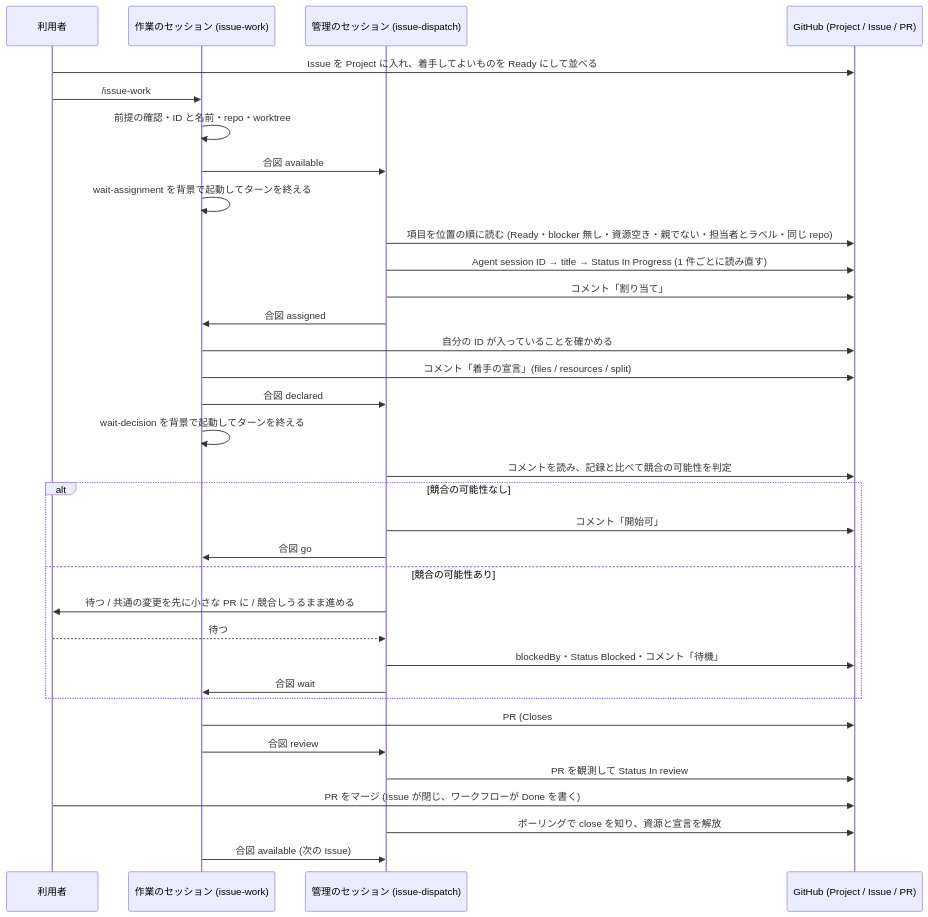
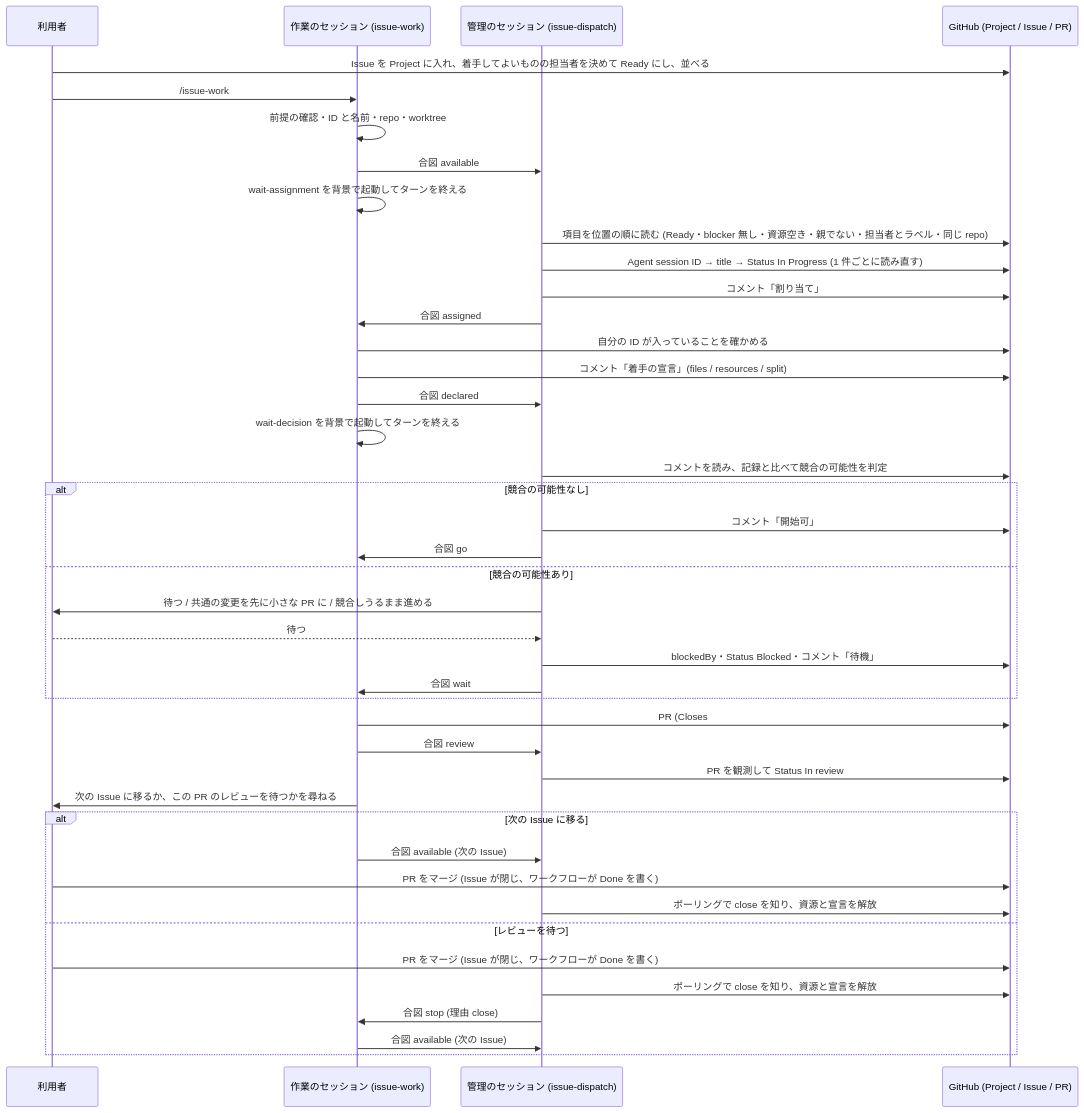
One commit to akm/claude-plugins changed the first of 3 diagrams in docs/plans/2026-10-06-2025-feat-issue-dispatch-plan.md. Above: the diagram before and after it, drawn with Mermaid. The commit also changed other lines of this file, not shown here.

Commit message:
📝 docs(plans): issue-dispatch の作業のセッションは、PR を ready for review にした後、次の Issue に移るかを利用者に尋ねる (#114)
作業のセッションが次の Issue を求める (available を送る) 契機が R29 に無く、フロー F5 は In review
の直後、シーケンス図はマージの後と食い違っていた (文書レビューの後の段階への質問と FYI)。
作業のセッションの作業ツリーは 1 つなので、レビュー中に次の Issue に移ると、前の PR の直しに
ブランチの切り替えが要る。直しが要りそうかを判断できるのは利用者なので、利用者と相談し、
review の後に、移るかレビューを待つかを尋ねることにする。待つときは、Issue が閉じたときの
stop (理由 close) を受けてから available を送る。レビュー中の前の Issue の stop では、今の作業を
止めない (R28・R29・F5・シーケンス図・U8・AE49)。シーケンス図の最初の手順にも、担当者を決める
ことを足す。

````diff
--- a/docs/plans/2026-10-06-2025-feat-issue-dispatch-plan.md
+++ b/docs/plans/2026-10-06-2025-feat-issue-dispatch-plan.md
@@ -593,37 +598,45 @@
 ```mermaid
 sequenceDiagram
   participant U as 利用者
   participant W as 作業のセッション (issue-work)
   participant M as 管理のセッション (issue-dispatch)
   participant G as GitHub (Project / Issue / PR)
 
-  U->>G: Issue を Project に入れ、着手してよいものを Ready にして並べる
+  U->>G: Issue を Project に入れ、着手してよいものの担当者を決めて Ready にし、並べる
   U->>W: /issue-work
   W->>W: 前提の確認・ID と名前・repo・worktree
   W->>M: 合図 available
   W->>W: wait-assignment を背景で起動してターンを終える
   M->>G: 項目を位置の順に読む (Ready・blocker 無し・資源空き・親でない・担当者とラベル・同じ repo)
   M->>G: Agent session ID → title → Status In Progress (1 件ごとに読み直す)
   M->>G: コメント「割り当て」
   M->>W: 合図 assigned
   W->>G: 自分の ID が入っていることを確かめる
   W->>G: コメント「着手の宣言」(files / resources / split)
   W->>M: 合図 declared
   W->>W: wait-decision を背景で起動してターンを終える
   M->>G: コメントを読み、記録と比べて競合の可能性を判定
   alt 競合の可能性なし
     M->>G: コメント「開始可」
     M->>W: 合図 go
   else 競合の可能性あり
     M->>U: 待つ / 共通の変更を先に小さな PR に / 競合しうるまま進める
     U-->>M: 待つ
     M->>G: blockedBy・Status Blocked・コメント「待機」
     M->>W: 合図 wait
   end
   W->>G: PR (Closes #N) を作り ready for review にする
   W->>M: 合図 review
   M->>G: PR を観測して Status In review
-  U->>G: PR をマージ (Issue が閉じ、ワークフローが Done を書く)
-  M->>G: ポーリングで close を知り、資源と宣言を解放
-  W->>M: 合図 available (次の Issue)
+  W->>U: 次の Issue に移るか、この PR のレビューを待つかを尋ねる
+  alt 次の Issue に移る
+    W->>M: 合図 available (次の Issue)
+    U->>G: PR をマージ (Issue が閉じ、ワークフローが Done を書く)
+    M->>G: ポーリングで close を知り、資源と宣言を解放
+  else レビューを待つ
+    U->>G: PR をマージ (Issue が閉じ、ワークフローが Done を書く)
+    M->>G: ポーリングで close を知り、資源と宣言を解放
+    M->>W: 合図 stop (理由 close)
+    W->>M: 合図 available (次の Issue)
+  end
 ```
````
